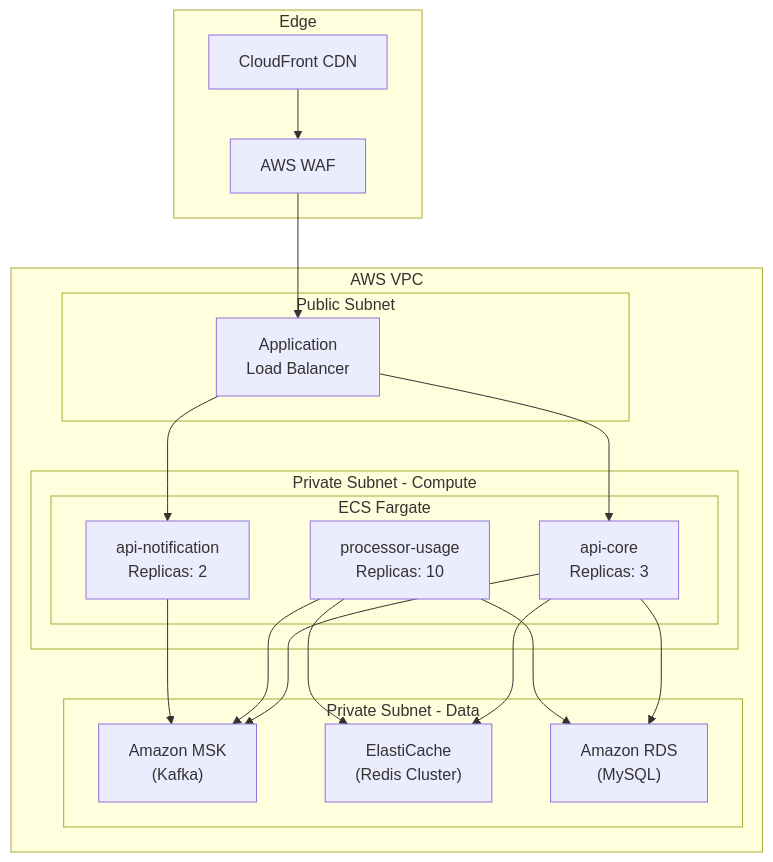
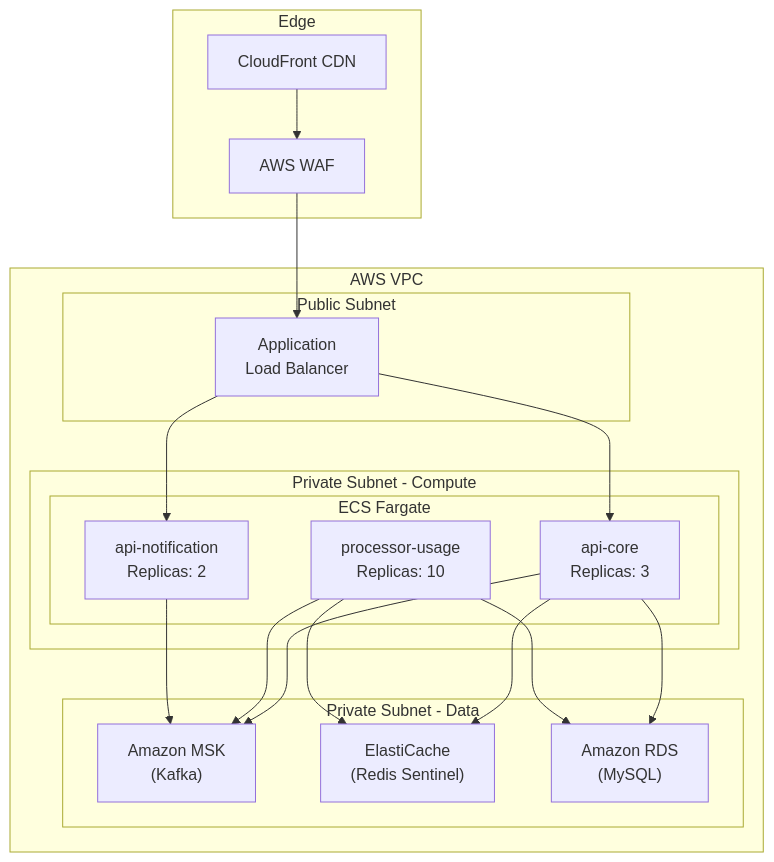
Diagram 12 of 12 in profile/README.md (da-bom/.github), drawn with Mermaid before and after one commit. The commit also changed other lines of this file, not shown here.

````diff
--- a/profile/README.md
+++ b/profile/README.md
@@ -2293,40 +2273,40 @@
 ```mermaid
 flowchart TB
     subgraph "Edge"
         CF["CloudFront CDN"]
         WAF["AWS WAF"]
     end
 
     subgraph "AWS VPC"
         subgraph "Public Subnet"
             ALB["Application<br/>Load Balancer"]
         end
 
         subgraph "Private Subnet - Compute"
             subgraph "ECS Fargate"
                 AC["api-core<br/>Replicas: 3"]
                 UP["processor-usage<br/>Replicas: 10"]
                 AN["api-notification<br/>Replicas: 2"]
             end
         end
 
         subgraph "Private Subnet - Data"
             MSK["Amazon MSK<br/>(Kafka)"]
-            EC["ElastiCache<br/>(Redis Cluster)"]
+            EC["ElastiCache<br/>(Redis Sentinel)"]
             RDS["Amazon RDS<br/>(MySQL)"]
         end
     end
 
     CF --> WAF
     WAF --> ALB
     ALB --> AC
     ALB --> AN
 
     AC --> RDS
     AC --> EC
     AC --> MSK
     UP --> MSK
     UP --> EC
     UP --> RDS
     AN --> MSK
 ```
````
